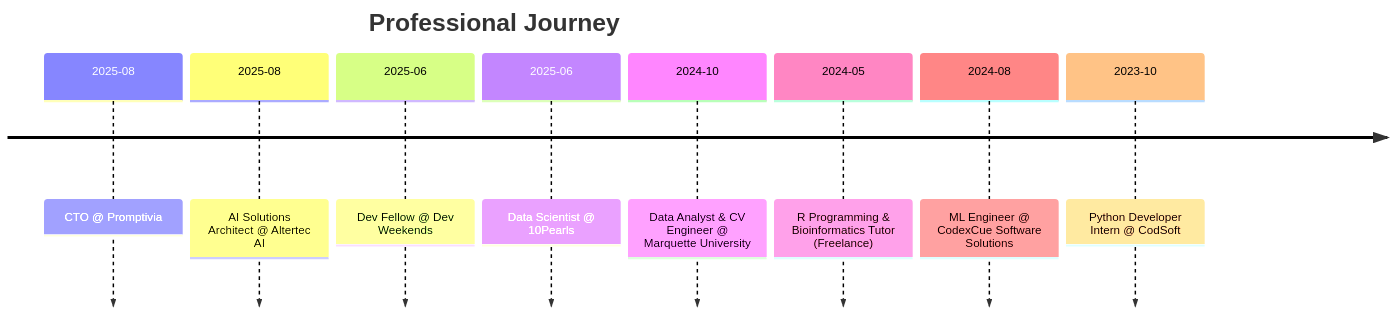
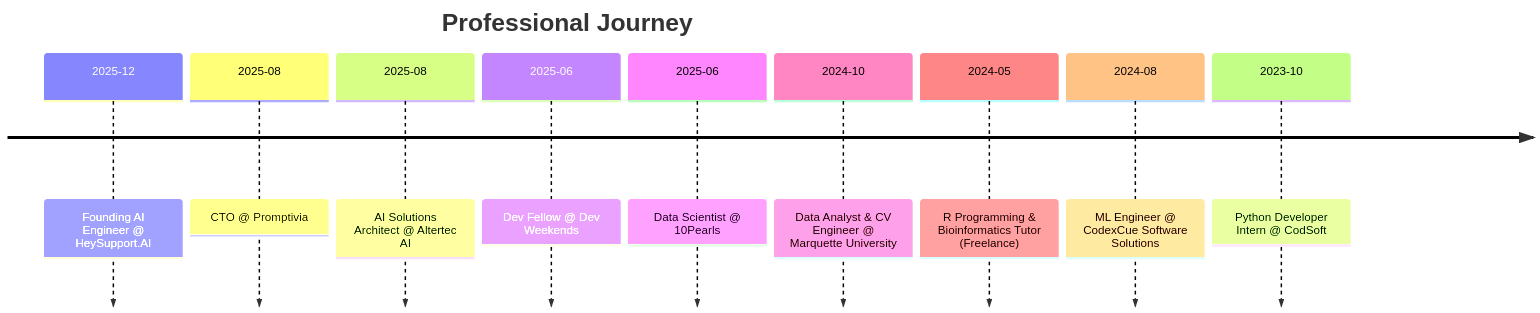
Before and after one commit to Zain-Zameer/Zain-Zameer: the diagram in README.md, drawn with Mermaid.

````diff
--- a/README.md
+++ b/README.md
@@ -91,12 +91,13 @@
 ```mermaid
 timeline
     title Professional Journey
+    2025-12 : Founding AI Engineer @ HeySupport.AI
     2025-08 : CTO @ Promptivia 
     2025-08 : AI Solutions Architect @ Altertec AI
     2025-06 : Dev Fellow @ Dev Weekends
     2025-06 : Data Scientist @ 10Pearls
     2024-10 : Data Analyst & CV Engineer @ Marquette University
     2024-05 : R Programming & Bioinformatics Tutor (Freelance)
     2024-08 : ML Engineer @ CodexCue Software Solutions
     2023-10 : Python Developer Intern @ CodSoft
 ```
````
